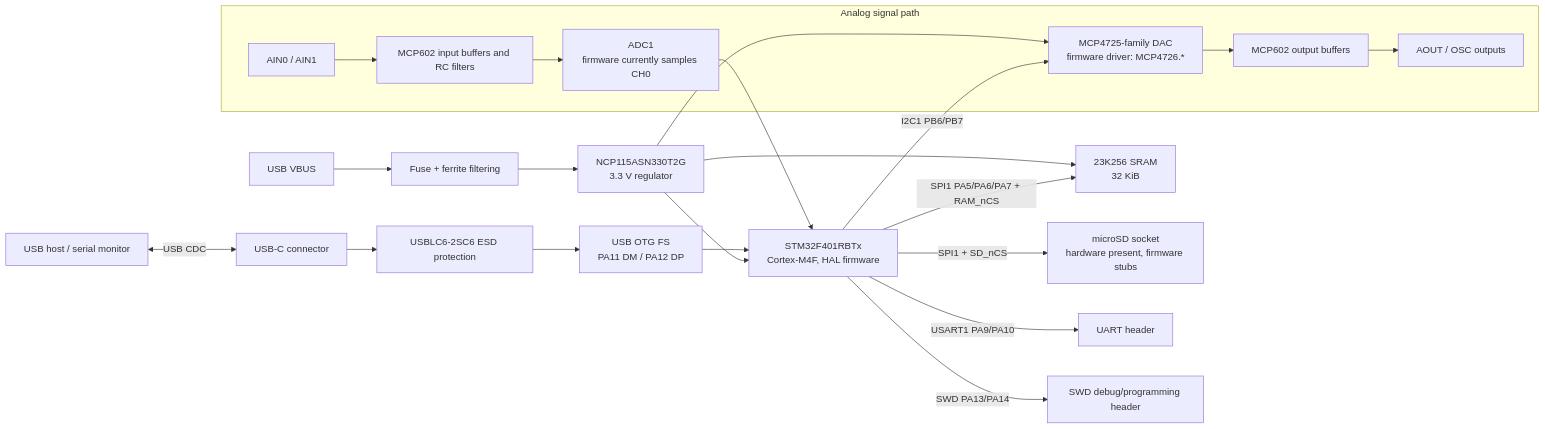
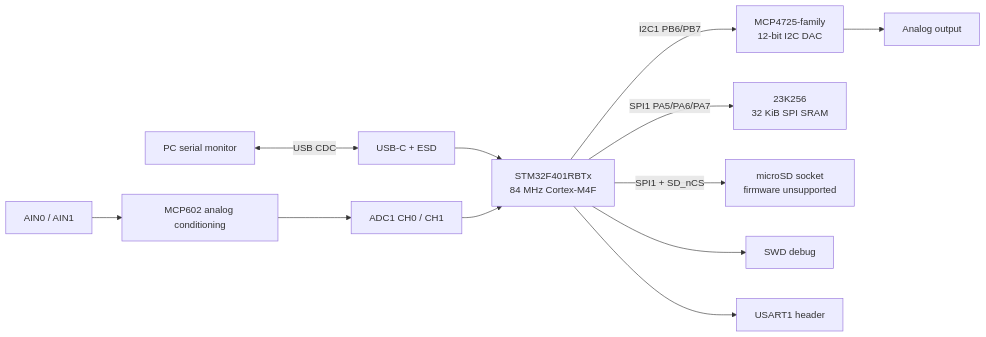
The first of 3 diagrams in README.md (Tommy270502/APOLLO_digital-signal-processor), drawn with Mermaid before and after one commit. The commit also changed other lines of this file and 1 other file, not shown here.

````diff
--- a/README.md
+++ b/README.md
@@ -28,27 +24,14 @@
 ```mermaid
 flowchart LR
-    Host["USB host / serial monitor"] <-- "USB CDC" --> UsbConn["USB-C connector"]
-    UsbConn --> Esd["USBLC6-2SC6 ESD protection"]
-    Esd --> UsbPins["USB OTG FS\nPA11 DM / PA12 DP"]
-    UsbPins --> Mcu["STM32F401RBTx\nCortex-M4F, HAL firmware"]
-
-    Vbus["USB VBUS"] --> Fuse["Fuse + ferrite filtering"]
-    Fuse --> Ldo["NCP115ASN330T2G\n3.3 V regulator"]
-    Ldo --> Mcu
-    Ldo --> Ram["23K256 SRAM\n32 KiB"]
-    Ldo --> Dac["MCP4725-family DAC\nfirmware driver: MCP4726.*"]
-
-    subgraph Analog["Analog signal path"]
-        Ain["AIN0 / AIN1"] --> InStage["MCP602 input buffers and RC filters"]
-        InStage --> Adc["ADC1\nfirmware currently samples CH0"]
-        Dac --> OutStage["MCP602 output buffers"]
-        OutStage --> Aout["AOUT / OSC outputs"]
-    end
-
-    Adc --> Mcu
-    Mcu -- "I2C1 PB6/PB7" --> Dac
-    Mcu -- "SPI1 PA5/PA6/PA7 + RAM_nCS" --> Ram
-    Mcu -- "SPI1 + SD_nCS" --> Sd["microSD socket\nhardware present, firmware stubs"]
-    Mcu -- "USART1 PA9/PA10" --> Uart["UART header"]
-    Mcu -- "SWD PA13/PA14" --> Debug["SWD debug/programming header"]
+    Host["PC serial monitor"] <-- "USB CDC" --> USB["USB-C + ESD"]
+    USB --> MCU["STM32F401RBTx\n84 MHz Cortex-M4F"]
+    AIN["AIN0 / AIN1"] --> Analog["MCP602 analog conditioning"]
+    Analog --> ADC["ADC1 CH0 / CH1"]
+    ADC --> MCU
+    MCU -- "I2C1 PB6/PB7" --> DAC["MCP4725-family\n12-bit I2C DAC"]
+    DAC --> AOUT["Analog output"]
+    MCU -- "SPI1 PA5/PA6/PA7" --> SRAM["23K256\n32 KiB SPI SRAM"]
+    MCU -- "SPI1 + SD_nCS" --> SD["microSD socket\nfirmware unsupported"]
+    MCU --> SWD["SWD debug"]
+    MCU --> UART["USART1 header"]
 ```
````
